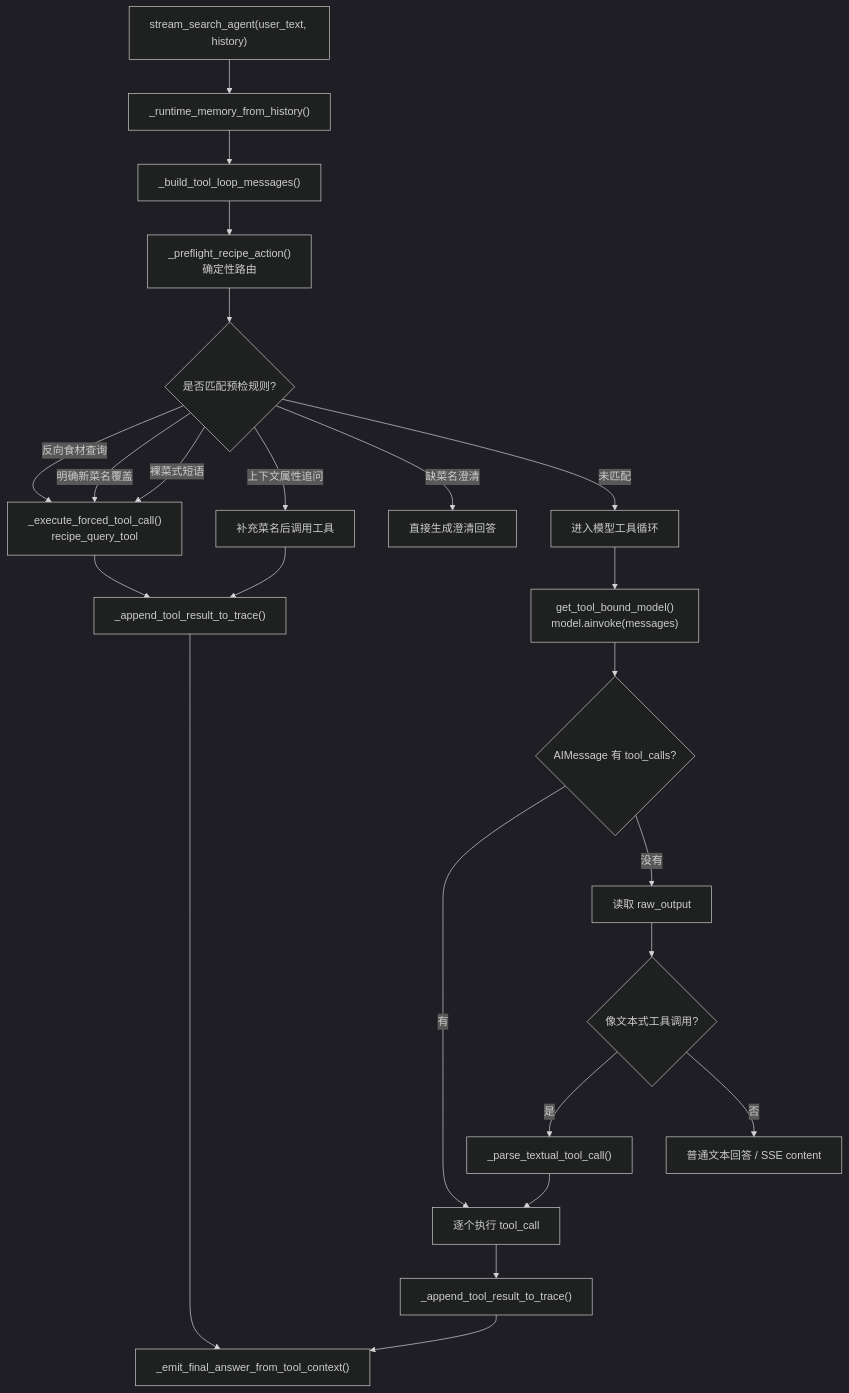
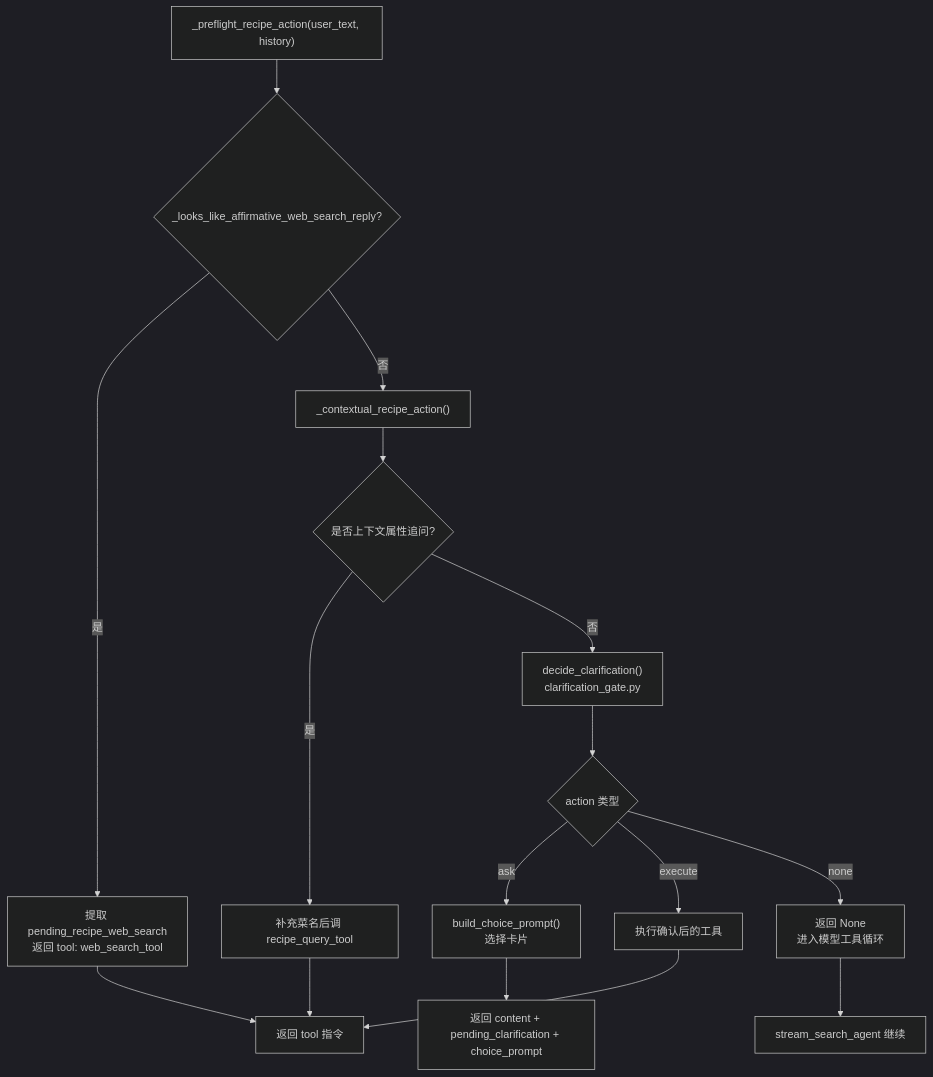
Before and after one commit to QDcvd/CookGraph: the third of 7 diagrams in doc/USER_MESSAGE_CALL_CHAIN.md, drawn with Mermaid (dark theme). The commit also changed other lines of this file and 18 other files, not shown here.

First line of the commit message:
Clarification Gate + Context Followup + 知识图谱更新

````diff
--- a/doc/USER_MESSAGE_CALL_CHAIN.md
+++ b/doc/USER_MESSAGE_CALL_CHAIN.md
@@ -167,29 +142,21 @@
 ```mermaid
 flowchart TD
-    A["stream_search_agent(user_text, history)"] --> A1["_runtime_memory_from_history()"]
-    A1 --> A2["_build_tool_loop_messages()"]
-    A2 --> B["_preflight_recipe_action()<br/>确定性路由"]
+    A["_preflight_recipe_action(user_text, history)"] --> B{"_looks_like_affirmative_web_search_reply?"}
+    B -->|是| C["提取 pending_recipe_web_search<br/>返回 tool: web_search_tool"]
+    B -->|否| D["_contextual_recipe_action()"]
 
-    B --> B1{"是否匹配预检规则?"}
-    B1 -->|反向食材查询| B2["_execute_forced_tool_call()<br/>recipe_query_tool"]
-    B1 -->|明确新菜名覆盖| B2
-    B1 -->|裸菜式短语| B2
-    B1 -->|上下文属性追问| B3["补充菜名后调用工具"]
-    B1 -->|缺菜名澄清| B4["直接生成澄清回答"]
-    B1 -->|未匹配| C["进入模型工具循环"]
+    D --> E{"是否上下文属性追问?"}
+    E -->|是| F["补充菜名后调 recipe_query_tool"]
+    E -->|否| G["decide_clarification()<br/>clarification_gate.py"]
 
-    B2 --> D["_append_tool_result_to_trace()"]
-    B3 --> D
-    D --> E["_emit_final_answer_from_tool_context()"]
+    G --> H{"action 类型"}
+    H -->|ask| I["build_choice_prompt()<br/>选择卡片"]
+    H -->|execute| J["执行确认后的工具"]
+    H -->|none| K["返回 None<br/>进入模型工具循环"]
 
-    C --> F["get_tool_bound_model()<br/>model.ainvoke(messages)"]
-    F --> G{"AIMessage 有 tool_calls?"}
-    G -->|有| H["逐个执行 tool_call"]
-    G -->|没有| I["读取 raw_output"]
-    I --> J{"像文本式工具调用?"}
-    J -->|是| K["_parse_textual_tool_call()"]
-    J -->|否| L["普通文本回答 / SSE content"]
-    K --> H
-    H --> M["_append_tool_result_to_trace()"]
-    M --> E
+    I --> L["返回 content + pending_clarification + choice_prompt"]
+    J --> M["返回 tool 指令"]
+    K --> N["stream_search_agent 继续"]
+
+    C --> M; F --> M
 ```
````
